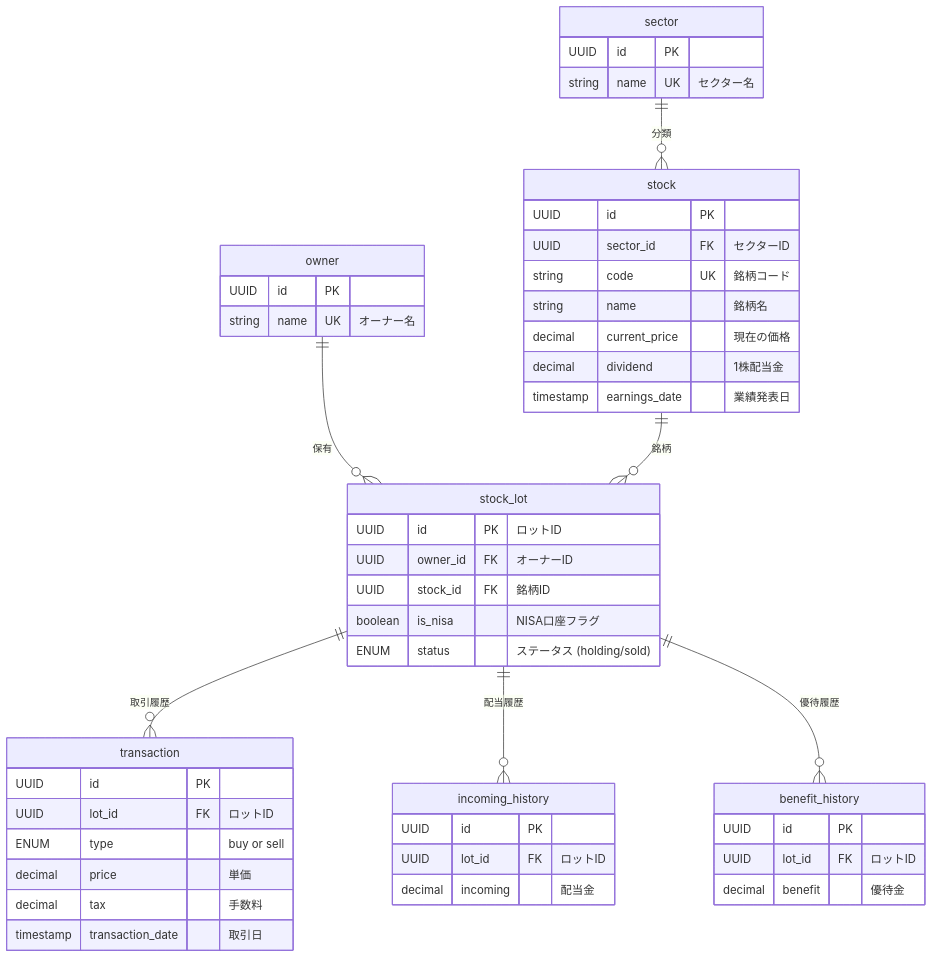
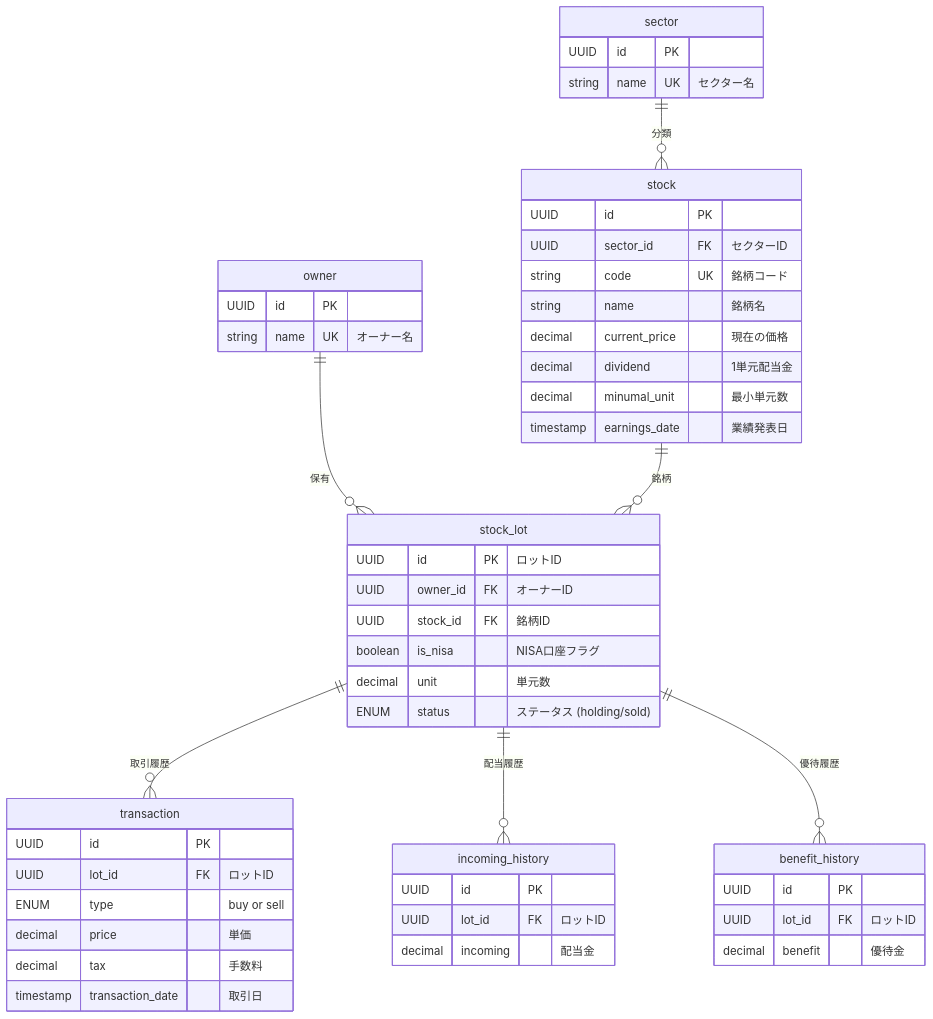
The diagram in ER.md (ijikeman/StockManager), drawn with Mermaid before and after one commit. The commit also changed other lines of this file and 1 other file, not shown here.

````diff
--- a/ER.md
+++ b/ER.md
@@ -11,58 +12,61 @@
 ```mermaid
 erDiagram
+    stock {
+        UUID id PK
+        UUID sector_id FK "セクターID"
+        string code UK "銘柄コード"
+        string name "銘柄名"
+        decimal current_price "現在の価格"
+        decimal dividend "1単元配当金"
+        decimal minumal_unit "最小単元数"
+        timestamp earnings_date "業績発表日"
+    }
+    
     stock_lot {
         UUID id PK "ロットID"
         UUID owner_id FK "オーナーID"
         UUID stock_id FK "銘柄ID" 
         boolean is_nisa "NISA口座フラグ"
+        decimal unit "単元数"
         ENUM status "ステータス (holding/sold)"
     }
     
     transaction {
         UUID id PK
         UUID lot_id FK "ロットID"
         ENUM type "buy or sell"
         decimal price "単価"
         decimal tax "手数料"
         timestamp transaction_date "取引日"
     }
 
     incoming_history {
         UUID id PK
         UUID lot_id FK "ロットID"
         decimal incoming "配当金"
     }
 
     benefit_history {
         UUID id PK
         UUID lot_id FK "ロットID"
         decimal benefit "優待金"
     }
 
     owner {
         UUID id PK
         string name UK "オーナー名"
     }
     
-    stock {
-        UUID id PK
-        UUID sector_id FK "セクターID"
-        string code UK "銘柄コード"
-        string name "銘柄名"
-        decimal current_price "現在の価格"
-        decimal dividend "1株配当金"
-        timestamp earnings_date "業績発表日"
-    }
-    
+
     sector {
         UUID id PK
         string name UK "セクター名"
     }
     
     owner ||--o{ stock_lot : "保有"
     stock ||--o{ stock_lot : "銘柄"
     stock_lot ||--o{ transaction : "取引履歴"
     stock_lot ||--o{ incoming_history : "配当履歴"
     stock_lot ||--o{ benefit_history : "優待履歴"
     sector ||--o{ stock : "分類"
 ```
````
